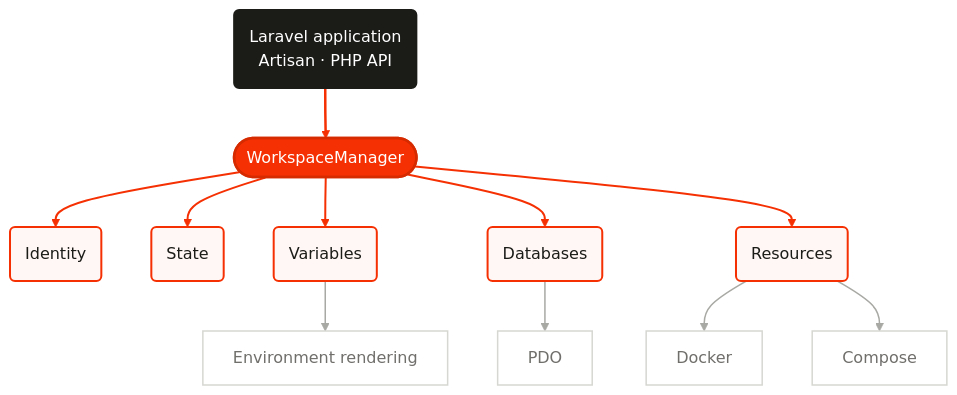
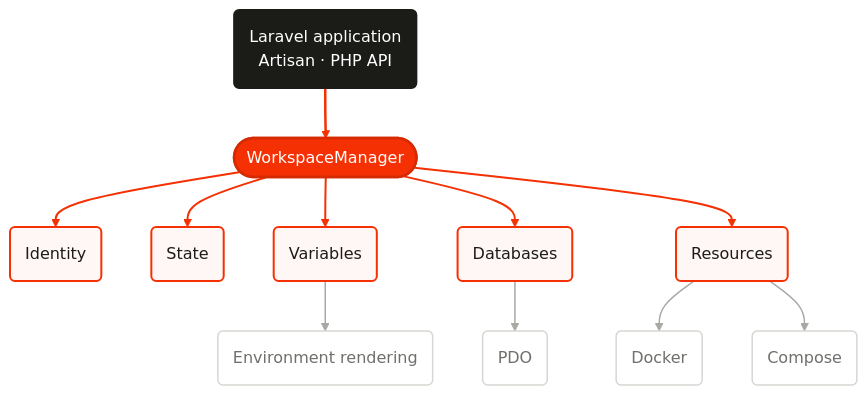
Before and after one commit to pickeringtech/harbour: the first of 2 diagrams in docs/architecture.template.md, drawn with Mermaid. The commit also changed 5 other files, not shown here.

Commit message:
docs: adapt diagrams to light and dark themes

````diff
--- a/docs/architecture.template.md
+++ b/docs/architecture.template.md
@@ -15,30 +15,30 @@
 ```mermaid
 flowchart TB
     accTitle: Harbour component boundaries
     accDescr: Artisan commands and application code call WorkspaceManager, which coordinates identity, state, variable, database, and resource services. Variables feed environment rendering, databases use PDO, and resources use Docker or Compose.
 
     entry("Laravel application<br/>Artisan · PHP API") --> manager([WorkspaceManager])
     manager --> identity("Identity")
     manager --> state("State")
     manager --> variables("Variables")
     manager --> databases("Databases")
     manager --> resources("Resources")
-    variables --> environment[Environment rendering]
-    databases --> pdo[PDO]
-    resources --> docker[Docker]
-    resources --> compose[Compose]
+    variables --> environment("Environment rendering")
+    databases --> pdo("PDO")
+    resources --> docker("Docker")
+    resources --> compose("Compose")
 
     classDef entry fill:#1b1b18,stroke:#1b1b18,color:#ffffff,stroke-width:2px
     classDef manager fill:#f53003,stroke:#d62a00,color:#ffffff,stroke-width:2.5px
     classDef domain fill:#fff7f5,stroke:#f53003,color:#1b1b18,stroke-width:2px
     classDef adapter fill:#ffffff,stroke:#d6d6d2,color:#706f6c,stroke-width:1.5px
 
     class entry entry
     class manager manager
     class identity,state,variables,databases,resources domain
     class environment,pdo,docker,compose adapter
 
     linkStyle 0 stroke:#f53003,stroke-width:2.5px
     linkStyle 1,2,3,4,5 stroke:#f53003,stroke-width:2px
     linkStyle 6,7,8,9 stroke:#a8a8a4,stroke-width:1.5px
 ```
````
